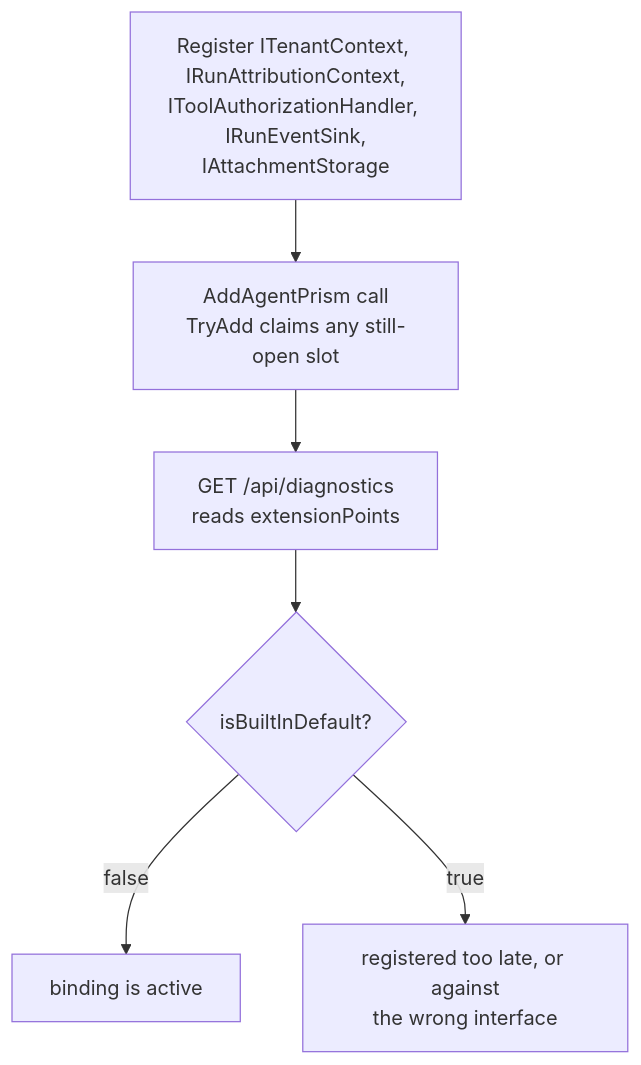
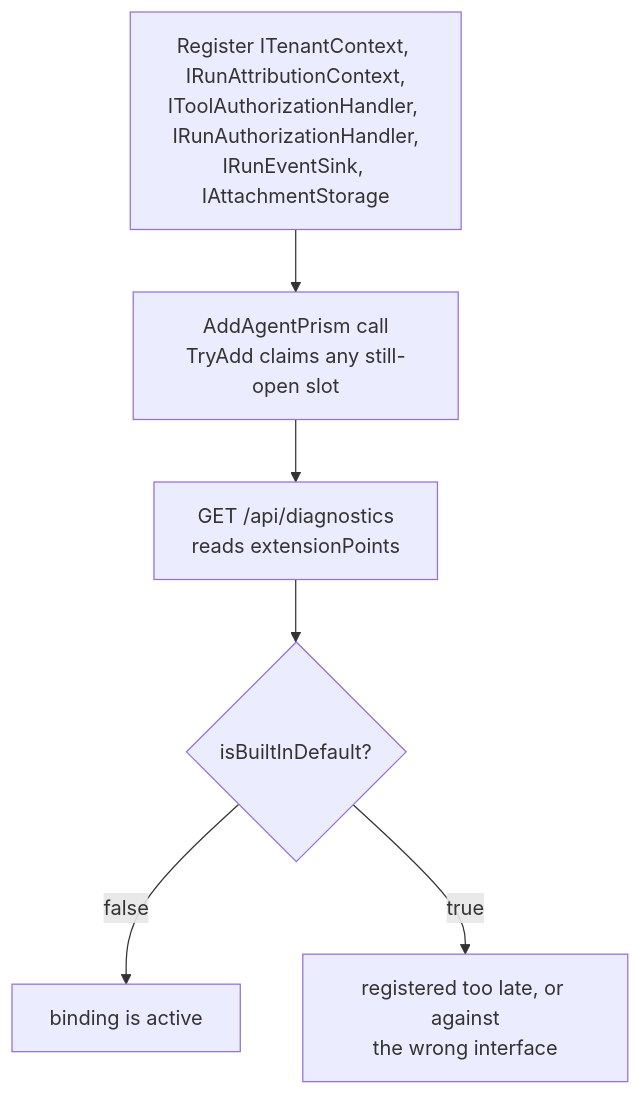
Before and after one commit to farukatasoy/Tracon: the diagram in docs-site/src/content/docs/guides/embedding.md, drawn with Mermaid. The commit also changed other lines of this file and 38 other files, not shown here.

````diff
--- a/docs-site/src/content/docs/guides/embedding.md
+++ b/docs-site/src/content/docs/guides/embedding.md
@@ -213,10 +255,10 @@
 ```mermaid
 flowchart TD
     accTitle: Binding and verification order
-    accDescr: Register the five implementations, then call AddAgentPrism so TryAdd claims whatever is still unbound, then read the diagnostics endpoint to confirm each binding actually took.
-    A["Register ITenantContext, IRunAttributionContext,<br/>IToolAuthorizationHandler, IRunEventSink,<br/>IAttachmentStorage"] --> B["AddAgentPrism call<br/>TryAdd claims any still-open slot"]
+    accDescr: Register the six implementations, then call AddAgentPrism so TryAdd claims whatever is still unbound, then read the diagnostics endpoint to confirm each binding actually took.
+    A["Register ITenantContext, IRunAttributionContext,<br/>IToolAuthorizationHandler, IRunAuthorizationHandler,<br/>IRunEventSink, IAttachmentStorage"] --> B["AddAgentPrism call<br/>TryAdd claims any still-open slot"]
     B --> C["GET /api/diagnostics<br/>reads extensionPoints"]
     C --> D{"isBuiltInDefault?"}
     D -->|false| E["binding is active"]
     D -->|true| F["registered too late, or against<br/>the wrong interface"]
 ```
````
